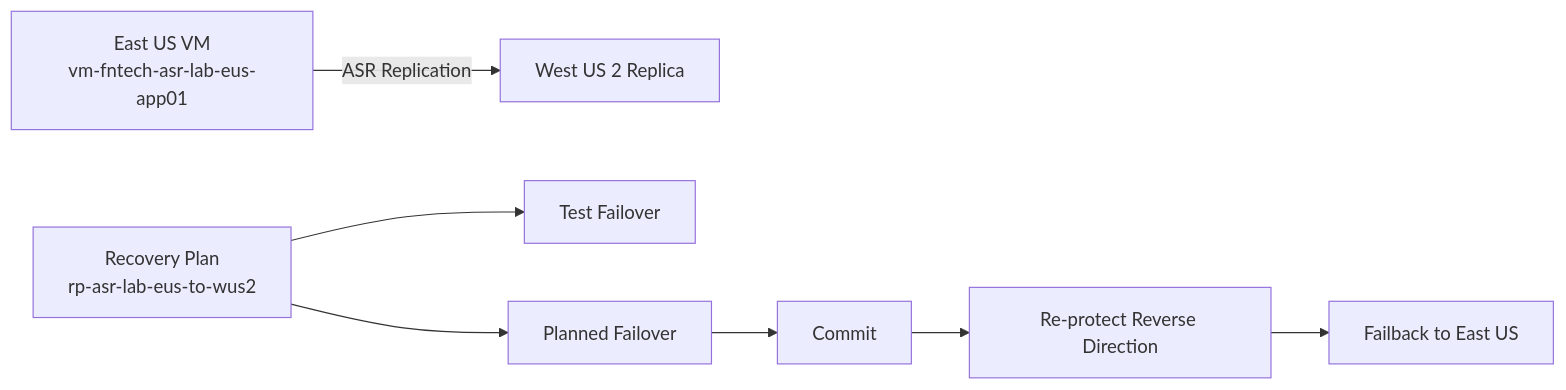
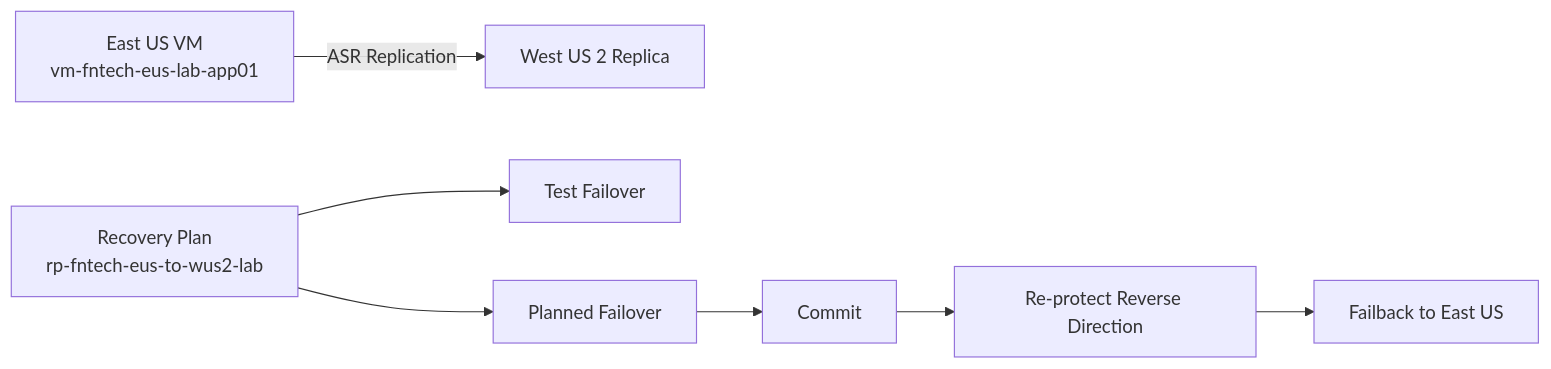
One commit to nkadwaikar/azure-hands-on-engineering changed the diagram in Recovery Services vaults/2-Azure Site Recovery.md. Above: the diagram before and after it, drawn with Mermaid. The commit also changed other lines of this file and 12 other files, not shown here.

````diff
--- a/Recovery Services vaults/2-Azure Site Recovery.md
+++ b/Recovery Services vaults/2-Azure Site Recovery.md
@@ -34,9 +34,9 @@
 ```mermaid
 flowchart LR
-	EUS[East US VM<br/>vm-fntech-asr-lab-eus-app01] -->|ASR Replication| WUS2[West US 2 Replica]
-	RP[Recovery Plan<br/>rp-asr-lab-eus-to-wus2] --> TF[Test Failover]
+	EUS[East US VM<br/>vm-fntech-eus-lab-app01] -->|ASR Replication| WUS2[West US 2 Replica]
+	RP[Recovery Plan<br/>rp-fntech-eus-to-wus2-lab] --> TF[Test Failover]
 	RP --> PF[Planned Failover]
 	PF --> C1[Commit]
 	C1 --> RP2[Re-protect Reverse Direction]
 	RP2 --> FB[Failback to East US]
 ```
````
